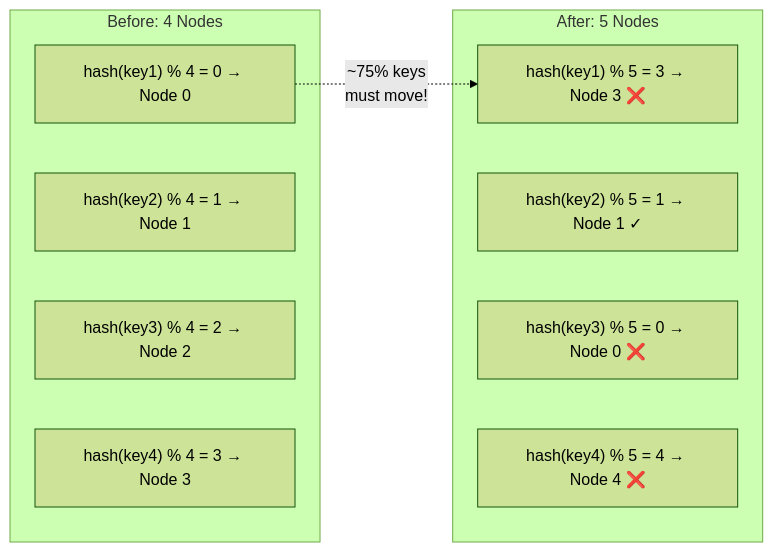
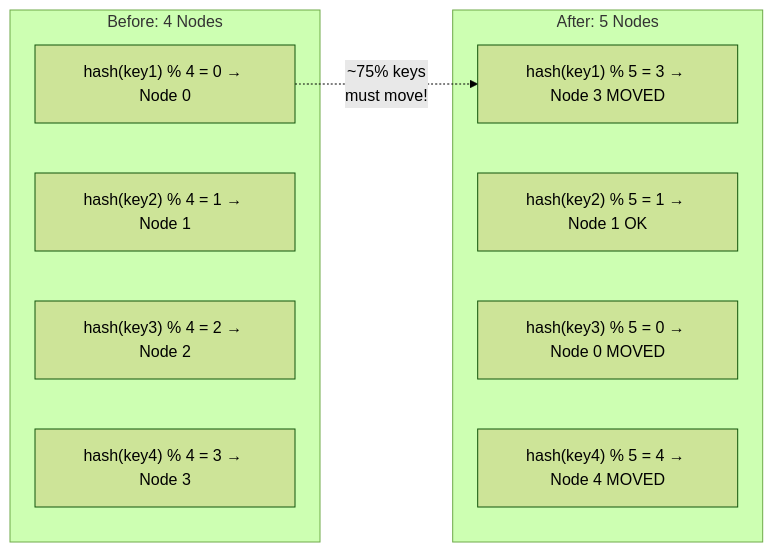
Before and after one commit to ae-lexs/system_design: the first of 10 diagrams in DD_CONSISTENT_HASHING.md, drawn with Mermaid (forest theme). The commit also changed other lines of this file and 23 other files, not shown here.

````diff
--- a/DD_CONSISTENT_HASHING.md
+++ b/DD_CONSISTENT_HASHING.md
@@ -41,18 +40,18 @@
 ```mermaid
 flowchart LR
     subgraph "Before: 4 Nodes"
         K1["hash(key1) % 4 = 0 → Node 0"]
         K2["hash(key2) % 4 = 1 → Node 1"]
         K3["hash(key3) % 4 = 2 → Node 2"]
         K4["hash(key4) % 4 = 3 → Node 3"]
     end
 
     subgraph "After: 5 Nodes"
-        K1A["hash(key1) % 5 = 3 → Node 3 ❌"]
-        K2A["hash(key2) % 5 = 1 → Node 1 ✓"]
-        K3A["hash(key3) % 5 = 0 → Node 0 ❌"]
-        K4A["hash(key4) % 5 = 4 → Node 4 ❌"]
+        K1A["hash(key1) % 5 = 3 → Node 3 MOVED"]
+        K2A["hash(key2) % 5 = 1 → Node 1 OK"]
+        K3A["hash(key3) % 5 = 0 → Node 0 MOVED"]
+        K4A["hash(key4) % 5 = 4 → Node 4 MOVED"]
     end
 
     K1 -.->|"~75% keys<br/>must move!"| K1A
 ```
````
